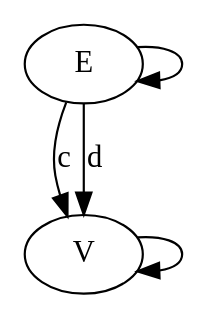
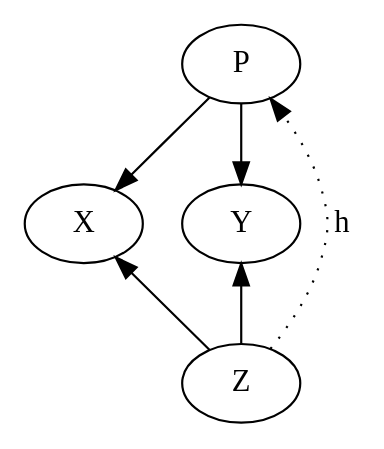
Before and after one commit to yugeta/cympfh.github.io: the diagram in study/category/img/1.dot, drawn with Graphviz. The commit also changed 44 other files, not shown here.

```diff
--- a/study/category/img/1.dot
+++ b/study/category/img/1.dot
@@ -1,7 +1,10 @@
 digraph C {
-  E; V;
-  E -> E;
-  V -> V;
-  E -> V [label = "c"];
-  E -> V [label = "d"];
+  P -> X;
+  P -> Y;
+  Z -> X;
+  Z -> Y;
+  Z -> P [style="dotted", label=" h"];
+  {rank=same; X Y}
+  {rank=min; P}
+  {rank=max; Z}
 }
```
